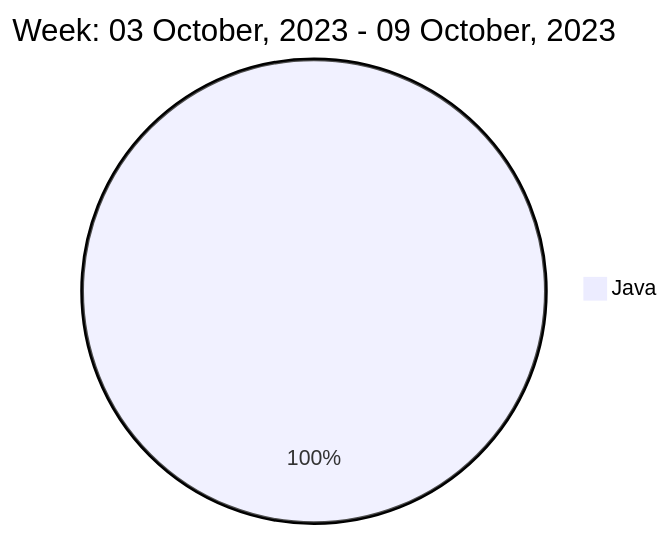
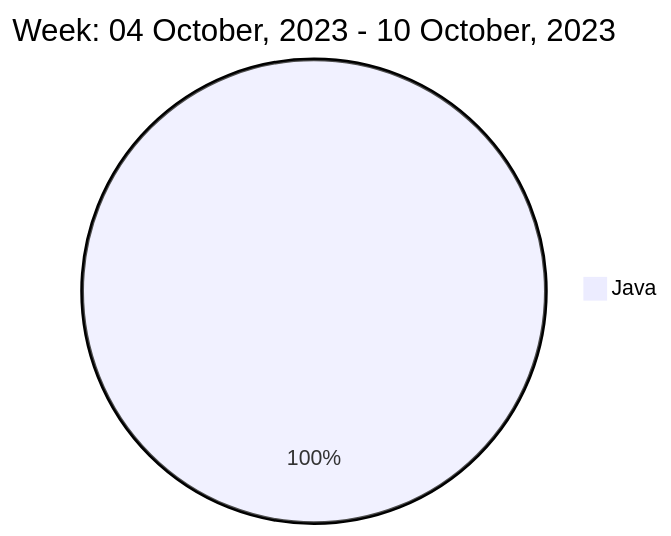
Before and after one commit to liubin95/liubin95: the diagram in README.md, drawn with Mermaid.

Commit message:
Updated the Graph with new Metrics

````diff
--- a/README.md
+++ b/README.md
@@ -40,5 +40,5 @@
 ```mermaid
  pie
-title Week: 03 October, 2023 - 09 October, 2023
- "Java" : 3.55
+title Week: 04 October, 2023 - 10 October, 2023
+ "Java" : 4.88
 ```
````
